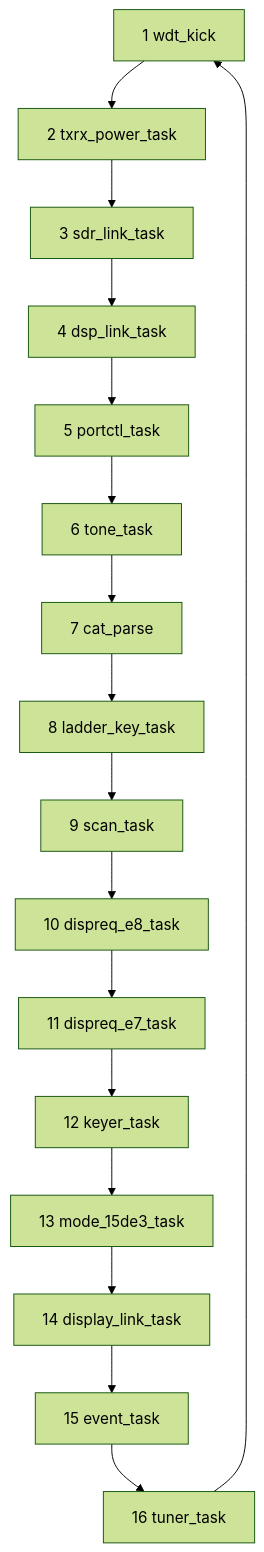
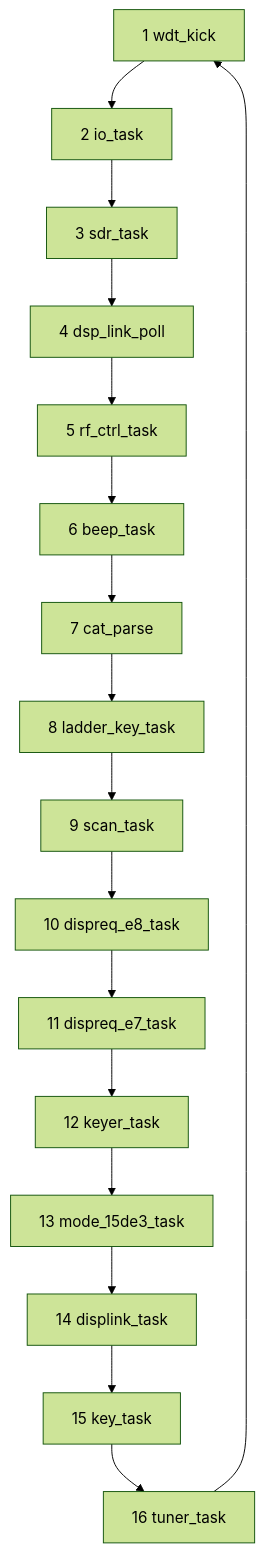
One commit to Reid-n0rc/FT-710_Firmware changed the third of 4 diagrams in docs/code/main/README.md. Above: the diagram before and after it, drawn with Mermaid (forest theme). The commit also changed other lines of this file and 29 other files, not shown here.

````diff
--- a/docs/code/main/README.md
+++ b/docs/code/main/README.md
@@ -135,8 +134,8 @@
 ```mermaid
 flowchart TD
-  T1["1 wdt_kick"] --> T2["2 txrx_power_task"] --> T3["3 sdr_link_task"] --> T4["4 dsp_link_task"]
-  T4 --> T5["5 portctl_task"] --> T6["6 tone_task"] --> T7["7 cat_parse"] --> T8["8 ladder_key_task"]
+  T1["1 wdt_kick"] --> T2["2 io_task"] --> T3["3 sdr_task"] --> T4["4 dsp_link_poll"]
+  T4 --> T5["5 rf_ctrl_task"] --> T6["6 beep_task"] --> T7["7 cat_parse"] --> T8["8 ladder_key_task"]
   T8 --> T9["9 scan_task"] --> T10["10 dispreq_e8_task"] --> T11["11 dispreq_e7_task"] --> T12["12 keyer_task"]
-  T12 --> T13["13 mode_15de3_task"] --> T14["14 display_link_task"] --> T15["15 event_task"] --> T16["16 tuner_task"]
+  T12 --> T13["13 mode_15de3_task"] --> T14["14 displink_task"] --> T15["15 key_task"] --> T16["16 tuner_task"]
   T16 --> T1
 ```
````
